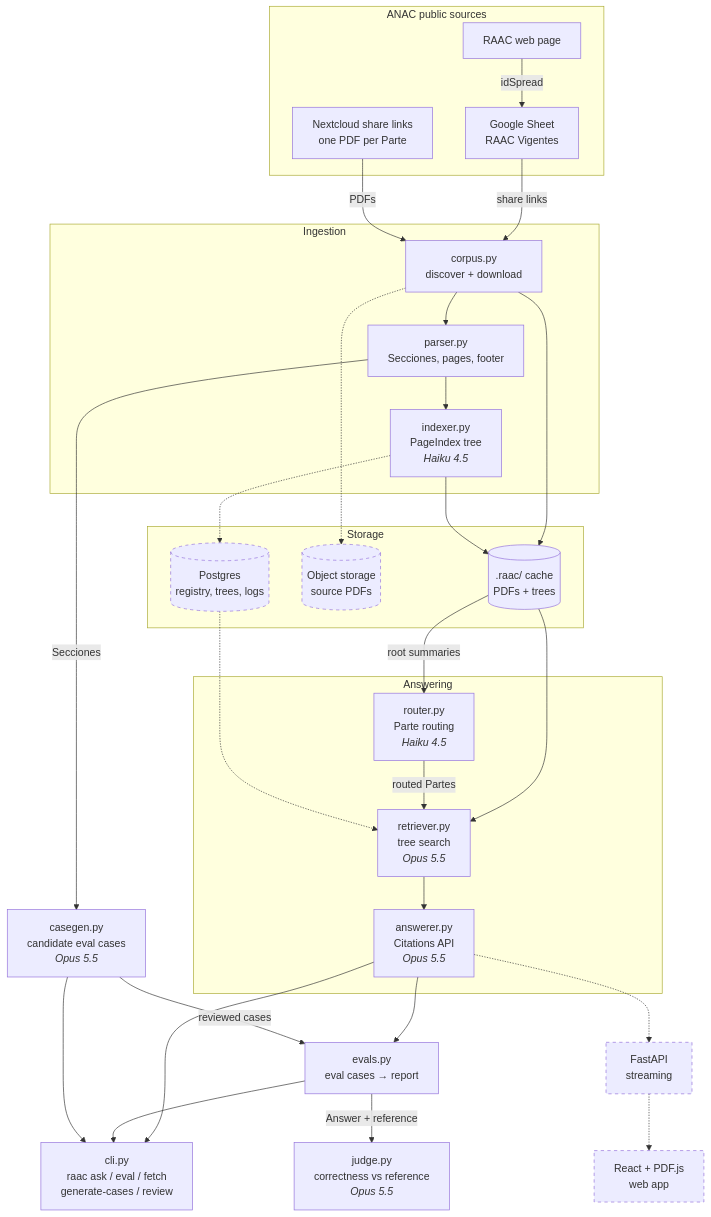
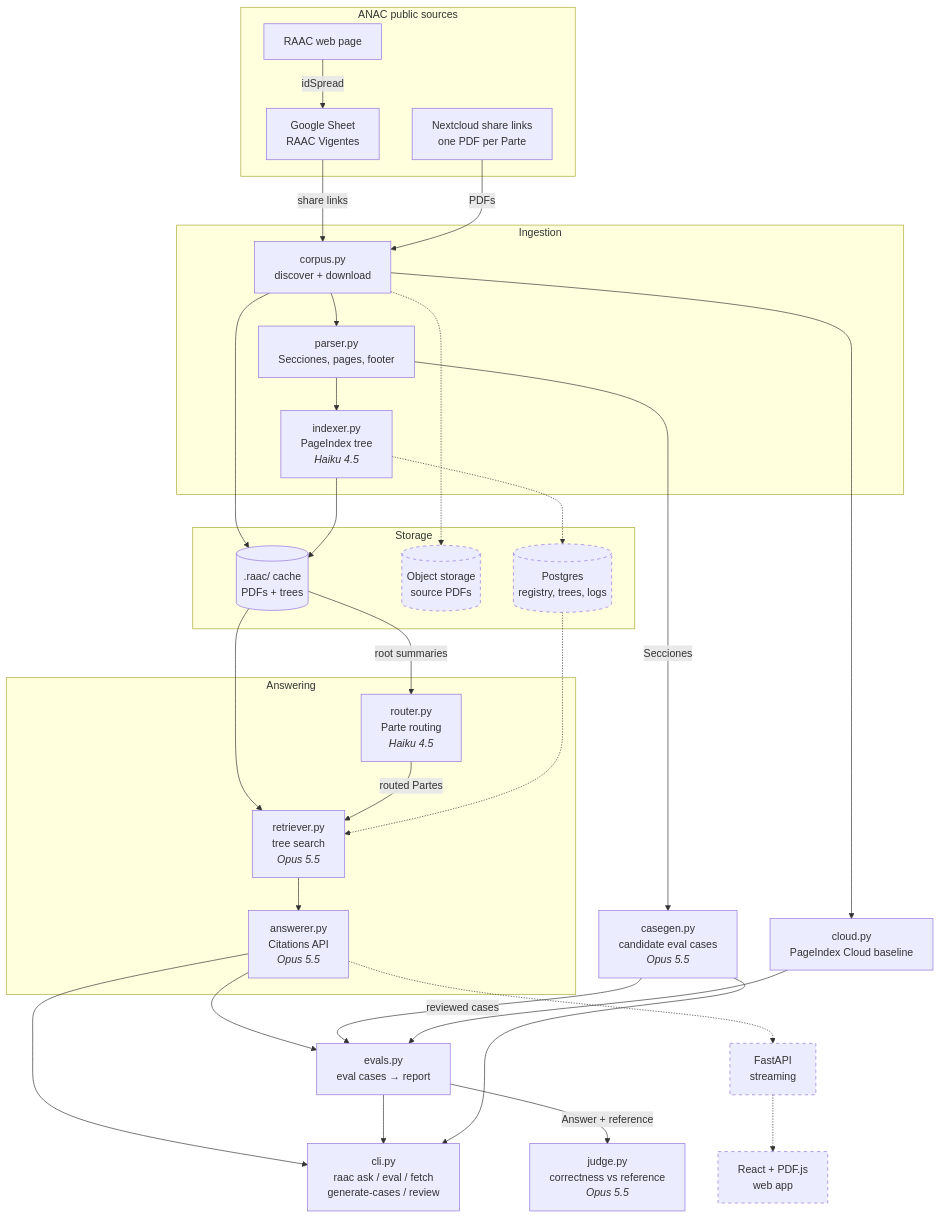
Before and after one commit to Guernik/raac-rag: the diagram in docs/diagrams/architecture.mmd, drawn with Mermaid. The commit also changed 7 other files, not shown here.

First line of the commit message:
feat: PageIndex Cloud pipeline adapter for eval comparison (#52)

```diff
--- a/docs/diagrams/architecture.mmd
+++ b/docs/diagrams/architecture.mmd
@@ -1,56 +1,58 @@
 flowchart TB
     subgraph ANAC["ANAC public sources"]
         page["RAAC web page"]
         sheet["Google Sheet<br/>RAAC Vigentes"]
         nc["Nextcloud share links<br/>one PDF per Parte"]
     end
 
     subgraph ingest["Ingestion"]
         corpus["corpus.py<br/>discover + download"]
         parser["parser.py<br/>Secciones, pages, footer"]
         indexer["indexer.py<br/>PageIndex tree<br/><i>Haiku 4.5</i>"]
     end
 
     subgraph store["Storage"]
         cache[(".raac/ cache<br/>PDFs + trees")]
         pdfs[("Object storage<br/>source PDFs")]
         pg[("Postgres<br/>registry, trees, logs")]
     end
 
     subgraph answer["Answering"]
         router["router.py<br/>Parte routing<br/><i>Haiku 4.5</i>"]
         retriever["retriever.py<br/>tree search<br/><i>Opus 5.5</i>"]
         answerer["answerer.py<br/>Citations API<br/><i>Opus 5.5</i>"]
     end
 
     evals["evals.py<br/>eval cases → report"]
     judge["judge.py<br/>correctness vs reference<br/><i>Opus 5.5</i>"]
     casegen["casegen.py<br/>candidate eval cases<br/><i>Opus 5.5</i>"]
+    cloud["cloud.py<br/>PageIndex Cloud baseline"]
 
     cli["cli.py<br/>raac ask / eval / fetch<br/>generate-cases / review"]
     api["FastAPI<br/>streaming"]
     web["React + PDF.js<br/>web app"]
 
     page -- idSpread --> sheet
     sheet -- share links --> corpus
     nc -- PDFs --> corpus
     corpus --> parser --> indexer
     corpus --> cache
     indexer --> cache
     corpus -.-> pdfs
     indexer -.-> pg
     cache --> retriever
     cache -- root summaries --> router
     router -- routed Partes --> retriever
     pg -.-> retriever
     retriever --> answerer
     answerer --> cli
     answerer --> evals --> cli
     evals -- Answer + reference --> judge
     parser -- Secciones --> casegen
     casegen -- reviewed cases --> evals
     casegen --> cli
+    corpus --> cloud --> evals
     answerer -.-> api -.-> web
 
     classDef planned stroke-dasharray: 5 5
     class api,web,pg,pdfs planned
```
